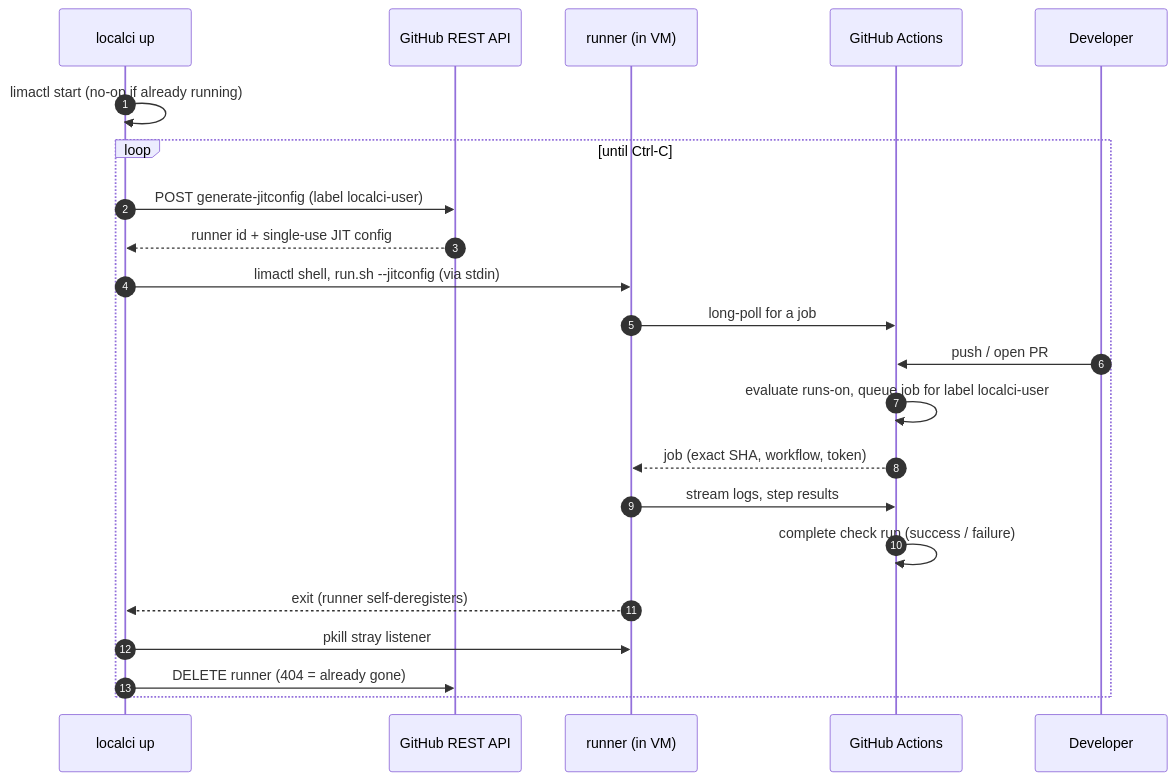
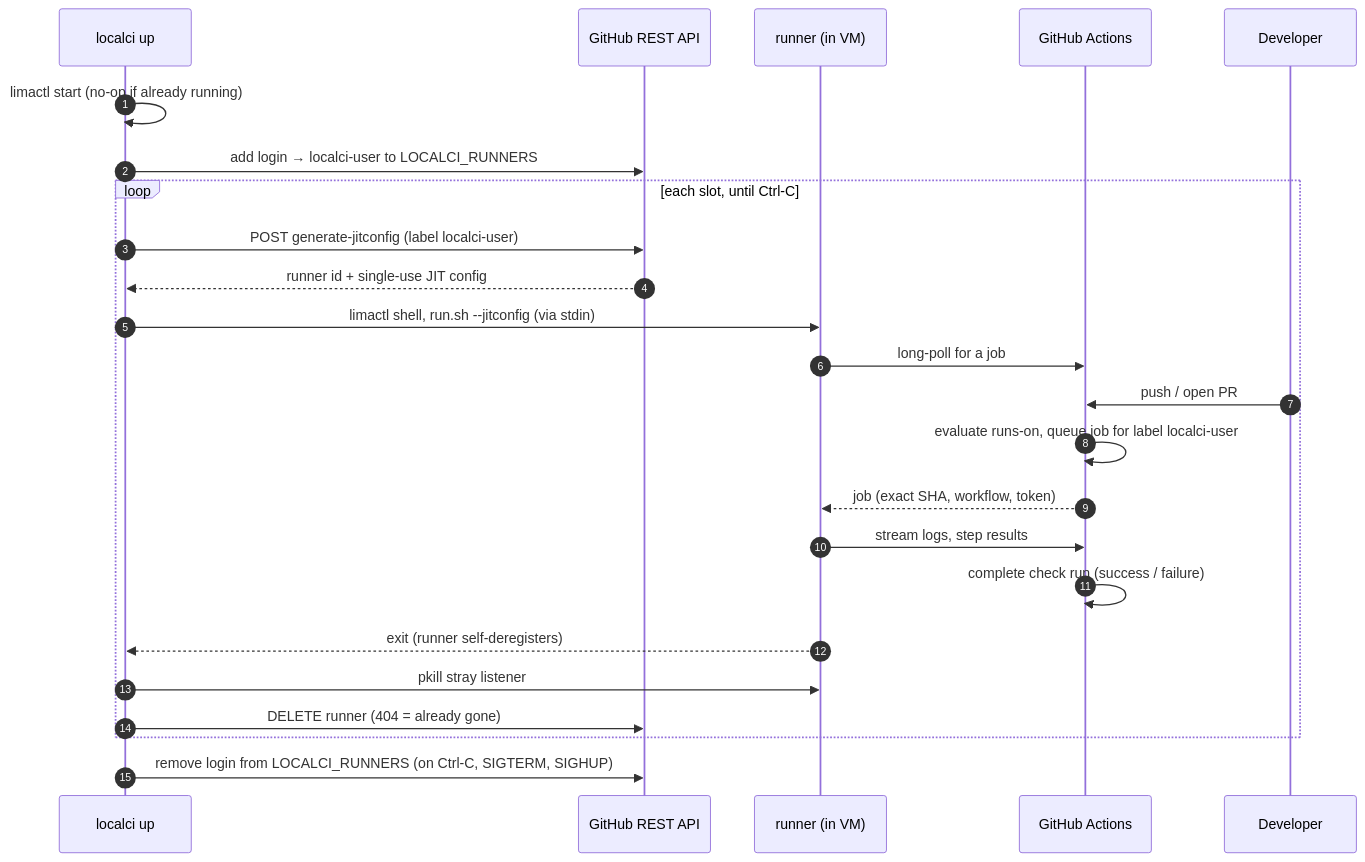
The second of 4 diagrams in docs/architecture.md (harrydt/local-ci), drawn with Mermaid before and after one commit. The commit also changed other lines of this file and 4 other files, not shown here.

Commit message:
docs: get-started README, diagrams for failure behaviour and roadmap

````diff
--- a/docs/architecture.md
+++ b/docs/architecture.md
@@ -43,25 +43,27 @@
 ```mermaid
 sequenceDiagram
   autonumber
   participant L as localci up
   participant API as GitHub REST API
   participant R as runner (in VM)
   participant A as GitHub Actions
   participant D as Developer
 
   L->>L: limactl start (no-op if already running)
-  loop until Ctrl-C
+  L->>API: add login → localci-user to LOCALCI_RUNNERS
+  loop each slot, until Ctrl-C
     L->>API: POST generate-jitconfig (label localci-user)
     API-->>L: runner id + single-use JIT config
     L->>R: limactl shell, run.sh --jitconfig (via stdin)
     R->>A: long-poll for a job
     D->>A: push / open PR
     A->>A: evaluate runs-on, queue job for label localci-user
     A-->>R: job (exact SHA, workflow, token)
     R->>A: stream logs, step results
     A->>A: complete check run (success / failure)
     R-->>L: exit (runner self-deregisters)
     L->>R: pkill stray listener
     L->>API: DELETE runner (404 = already gone)
   end
+  L->>API: remove login from LOCALCI_RUNNERS (on Ctrl-C, SIGTERM, SIGHUP)
 ```
````
